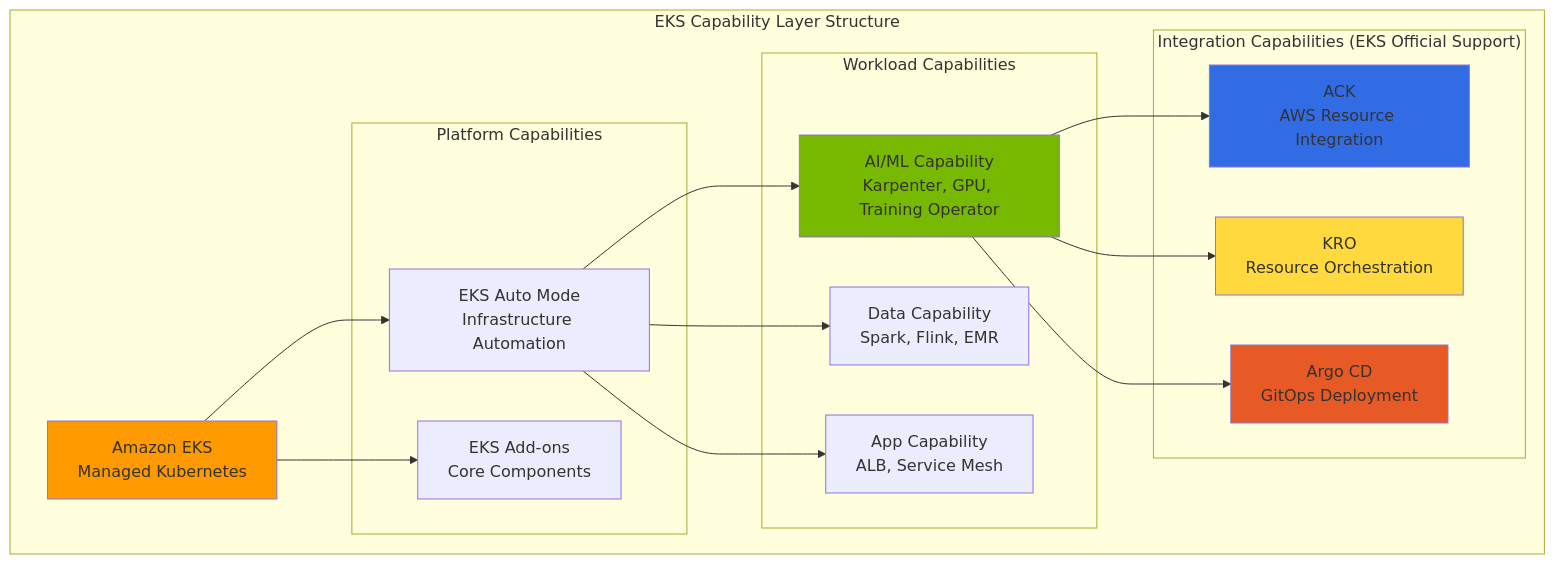
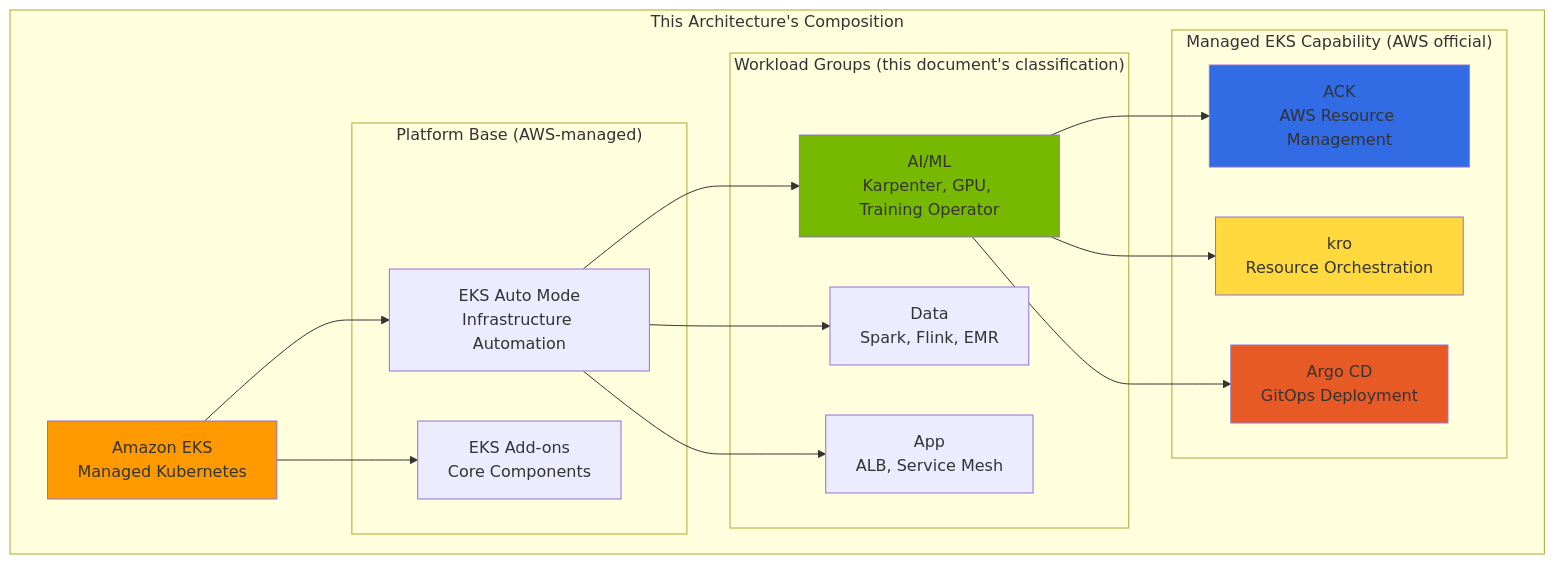
Before and after one commit to devfloor9/engineering-playbook: the fourth of 9 diagrams in docs/agentic-ai-platform/design-architecture/platform-selection/agentic-ai-solutions-eks.md, drawn with Mermaid. The commit also changed other lines of this file and 39 other files, not shown here.

````diff
--- a/docs/agentic-ai-platform/design-architecture/platform-selection/agentic-ai-solutions-eks.md
+++ b/docs/agentic-ai-platform/design-architecture/platform-selection/agentic-ai-solutions-eks.md
@@ -307,33 +313,33 @@
 ```mermaid
 graph TB
-    subgraph "EKS Capability Layer Structure"
+    subgraph "This Architecture's Composition"
         EKS["Amazon EKS<br/>Managed Kubernetes"]
 
-        subgraph "Platform Capabilities"
+        subgraph "Platform Base (AWS-managed)"
             AUTO["EKS Auto Mode<br/>Infrastructure Automation"]
             ADDON["EKS Add-ons<br/>Core Components"]
         end
 
-        subgraph "Workload Capabilities"
-            AI["AI/ML Capability<br/>Karpenter, GPU, Training Operator"]
-            DATA["Data Capability<br/>Spark, Flink, EMR"]
-            APP["App Capability<br/>ALB, Service Mesh"]
+        subgraph "Workload Groups (this document's classification)"
+            AI["AI/ML<br/>Karpenter, GPU, Training Operator"]
+            DATA["Data<br/>Spark, Flink, EMR"]
+            APP["App<br/>ALB, Service Mesh"]
         end
 
-        subgraph "Integration Capabilities (EKS Official Support)"
-            ACK_C["ACK<br/>AWS Resource Integration"]
-            KRO_C["KRO<br/>Resource Orchestration"]
+        subgraph "Managed EKS Capability (AWS official)"
+            ACK_C["ACK<br/>AWS Resource Management"]
+            KRO_C["kro<br/>Resource Orchestration"]
             ARGOCD_C["Argo CD<br/>GitOps Deployment"]
         end
     end
 
     EKS --> AUTO & ADDON
     AUTO --> AI & DATA & APP
     AI --> ACK_C & KRO_C & ARGOCD_C
 
     style EKS fill:#ff9900
     style AI fill:#76b900
     style ACK_C fill:#326ce5
     style KRO_C fill:#ffd93d
     style ARGOCD_C fill:#e85a25
 ```
````
